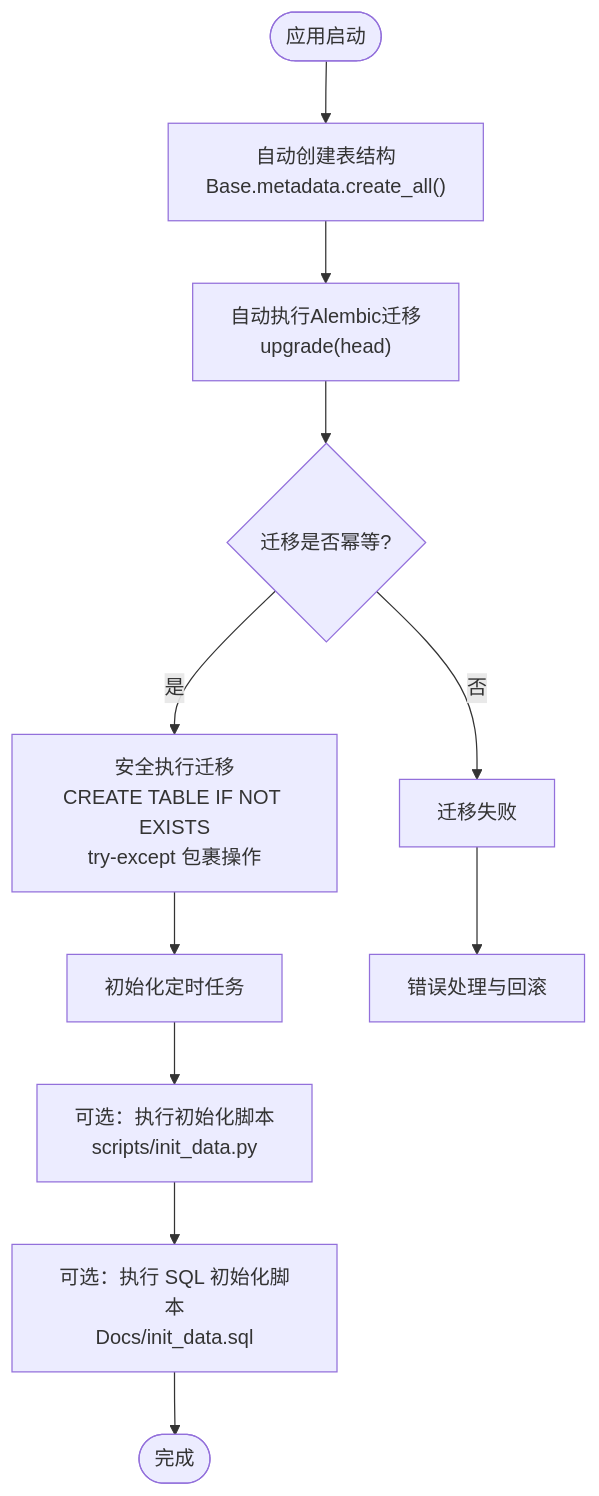
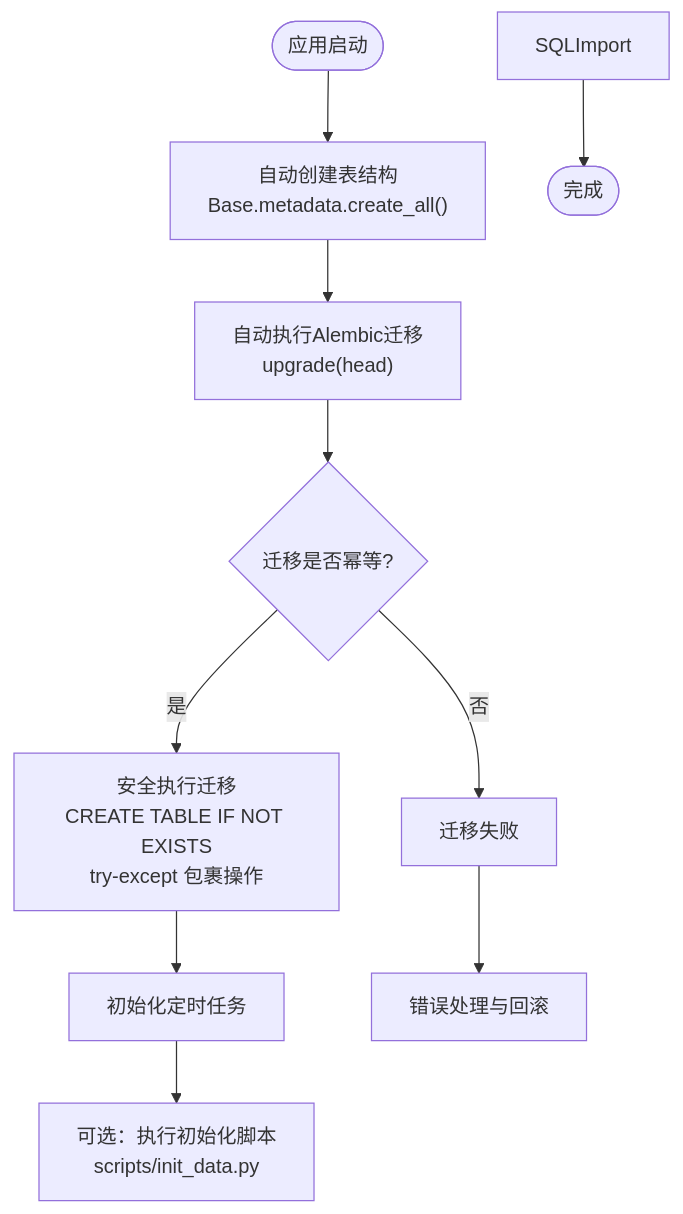
One commit to gujialind/InvestRing changed the third of 4 diagrams in .qoder/repowiki/zh/content/开发指南/部署指南/数据库部署.md. Above: the diagram before and after it, drawn with Mermaid. The commit also changed other lines of this file and 65 other files, not shown here.

````diff
--- a/.qoder/repowiki/zh/content/开发指南/部署指南/数据库部署.md
+++ b/.qoder/repowiki/zh/content/开发指南/部署指南/数据库部署.md
@@ -326,13 +284,12 @@
 ```mermaid
 flowchart TD
 Start(["应用启动"]) --> AutoCreate["自动创建表结构<br/>Base.metadata.create_all()"]
 AutoCreate --> AutoMigration["自动执行Alembic迁移<br/>upgrade(head)"]
 AutoMigration --> CheckMigration{"迁移是否幂等?"}
 CheckMigration --> |是| SafeMigration["安全执行迁移<br/>CREATE TABLE IF NOT EXISTS<br/>try-except 包裹操作"]
 CheckMigration --> |否| MigrationError["迁移失败"]
 SafeMigration --> InitTasks["初始化定时任务"]
 InitTasks --> InitScript["可选：执行初始化脚本<br/>scripts/init_data.py"]
-InitScript --> SQLImport["可选：执行 SQL 初始化脚本<br/>Docs/init_data.sql"]
 SQLImport --> Done(["完成"])
 MigrationError --> ErrorHandling["错误处理与回滚"]
 ```
````
